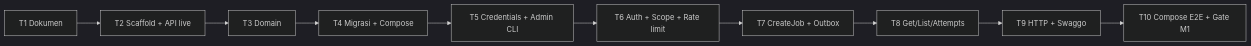
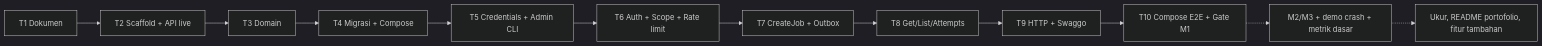
One commit to lathief/Antriaga changed the diagram in docs/ai/implementation-plan.md. Above: the diagram before and after it, drawn with Mermaid (dark theme). The commit also changed other lines of this file and 5 other files, not shown here.

````diff
--- a/docs/ai/implementation-plan.md
+++ b/docs/ai/implementation-plan.md
@@ -35,12 +49,14 @@
 ```mermaid
 flowchart LR
     T1[T1 Dokumen] --> T2[T2 Scaffold + API live]
     T2 --> T3[T3 Domain]
     T3 --> T4[T4 Migrasi + Compose]
     T4 --> T5[T5 Credentials + Admin CLI]
     T5 --> T6[T6 Auth + Scope + Rate limit]
     T6 --> T7[T7 CreateJob + Outbox]
     T7 --> T8[T8 Get/List/Attempts]
     T8 --> T9[T9 HTTP + Swaggo]
     T9 --> T10[T10 Compose E2E + Gate M1]
+    T10 -.-> M23[M2/M3 + demo crash + metrik dasar]
+    M23 -.-> POR[Ukur, README portofolio, fitur tambahan]
 ```
````
